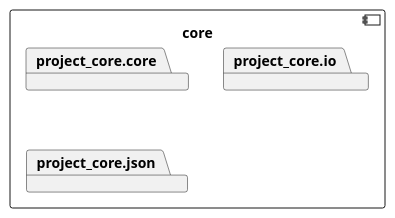
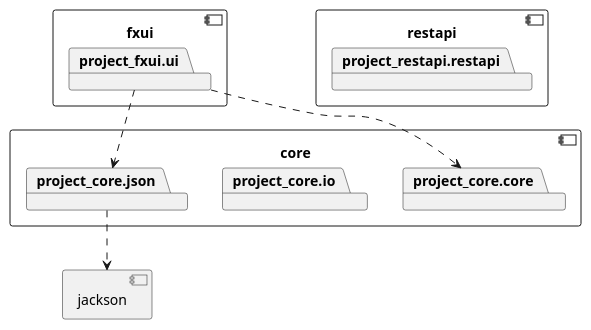
One commit to ErlendMariusOmmundsen/Messaging-App changed the diagram in project/readme.md. Above: the diagram before and after it, drawn with PlantUML.

Commit message:
33 package diagram
Continued work on the package diagram

````diff
--- a/project/readme.md
+++ b/project/readme.md
@@ -98,9 +98,26 @@
 ```plantuml
 
 component core {
 	package project_core.core
 	package project_core.io
 	package project_core.json
 }
 
+component jackson {
+}
+
+project_core.json ..> jackson
+
+component fxui {
+	package project_fxui.ui
+}
+
+project_fxui.ui ..> project_core.core
+project_fxui.ui ..> project_core.json
+
+component restapi {
+	package project_restapi.restapi
+}
+
+
 ```
````
